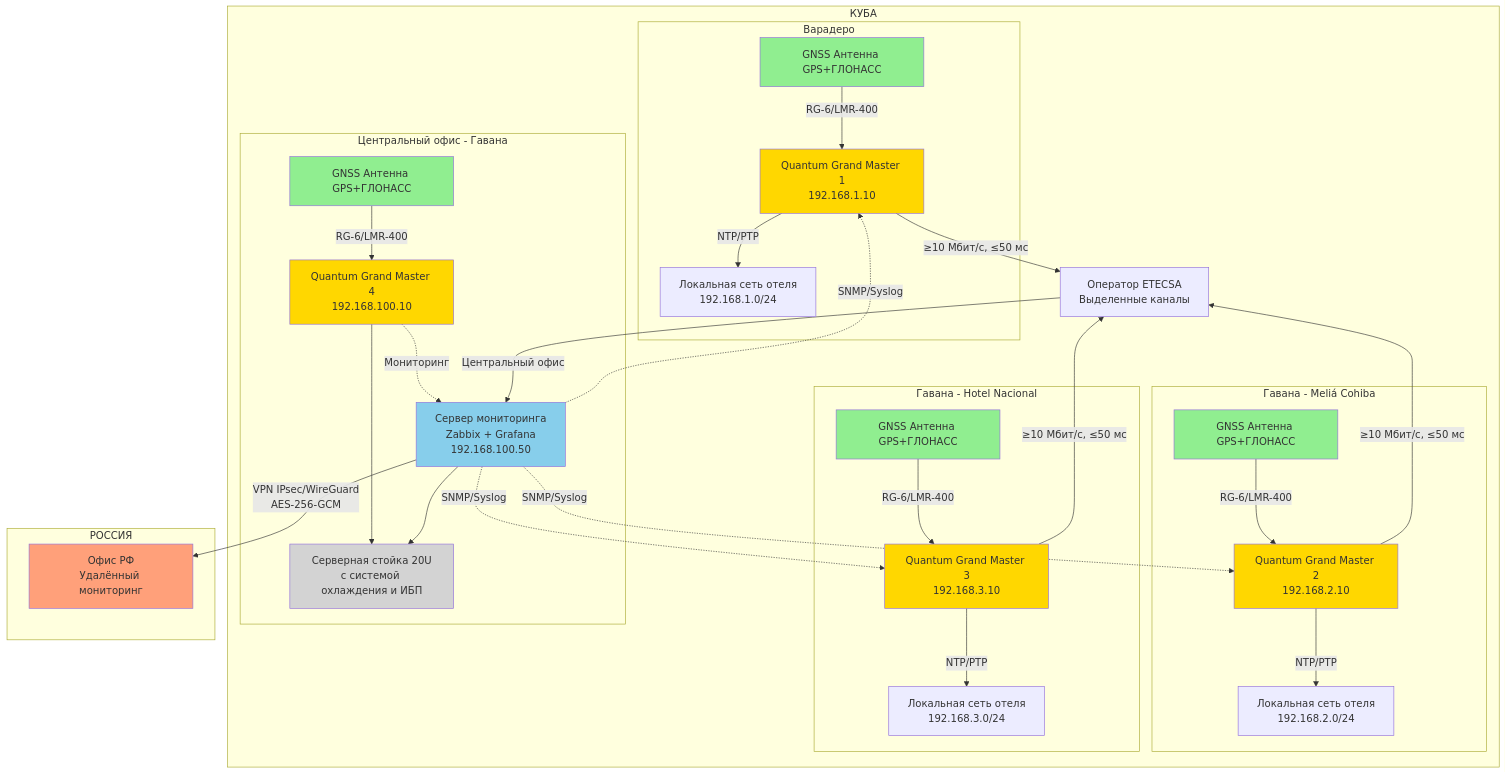
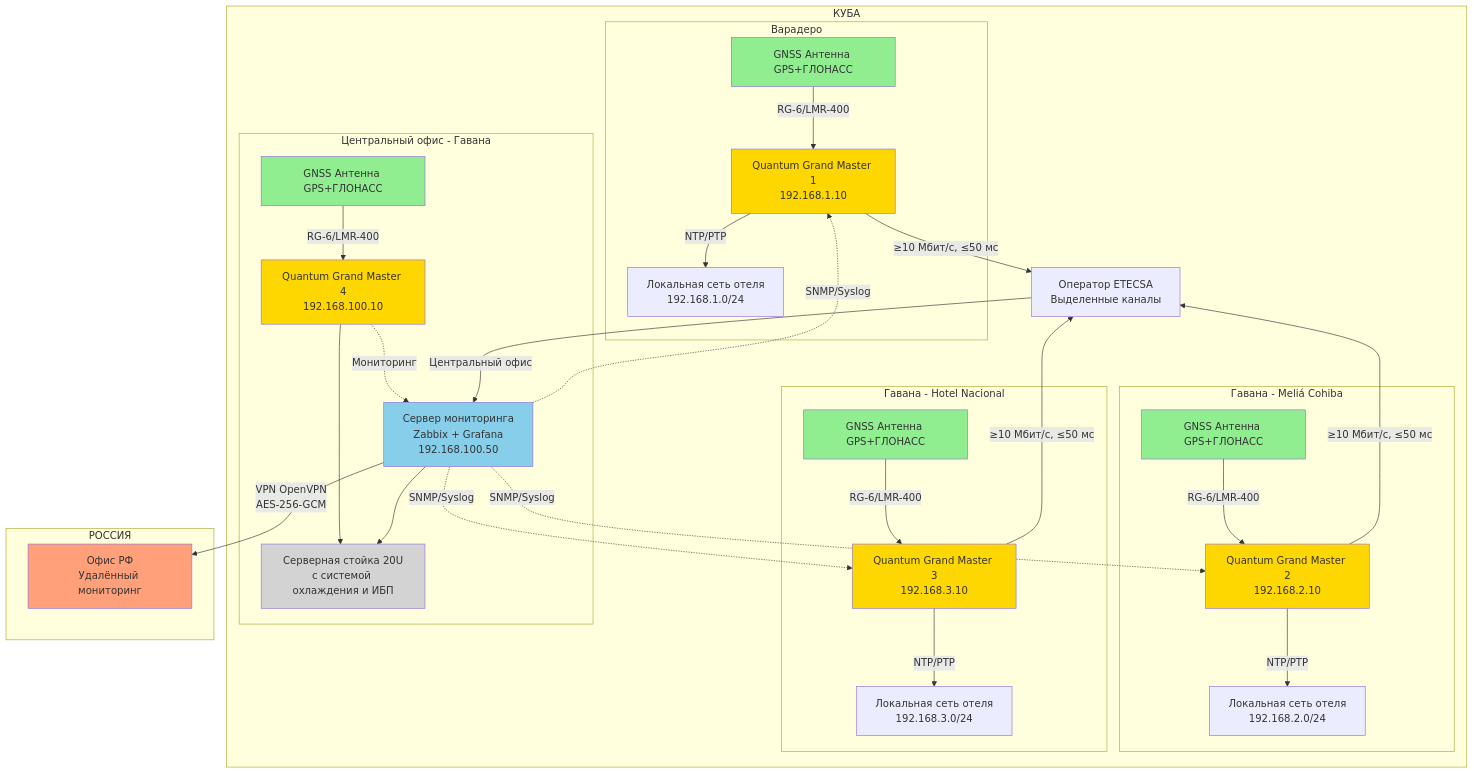
The first of 6 diagrams in network_diagrams.md (SiwaNetwork/BIZNES_HOTEL), drawn with Mermaid before and after one commit. The commit also changed other lines of this file and 2 other files, not shown here.

First line of the commit message:
Заменен VPN протокол с IPsec/WireGuard на OpenVPN

````diff
--- a/network_diagrams.md
+++ b/network_diagrams.md
@@ -17,67 +17,67 @@
 ```mermaid
 graph TB
     subgraph "КУБА"
         subgraph "Варадеро"
             ANT1[GNSS Антенна GPS+ГЛОНАСС]
             GM1[Quantum Grand Master 1<br/>192.168.1.10]
             NET1[Локальная сеть отеля<br/>192.168.1.0/24]
             ANT1 -->|RG-6/LMR-400| GM1
             GM1 -->|NTP/PTP| NET1
         end
         
         subgraph "Гавана - Meliá Cohiba"
             ANT2[GNSS Антенна GPS+ГЛОНАСС]
             GM2[Quantum Grand Master 2<br/>192.168.2.10]
             NET2[Локальная сеть отеля<br/>192.168.2.0/24]
             ANT2 -->|RG-6/LMR-400| GM2
             GM2 -->|NTP/PTP| NET2
         end
         
         subgraph "Гавана - Hotel Nacional"
             ANT3[GNSS Антенна GPS+ГЛОНАСС]
             GM3[Quantum Grand Master 3<br/>192.168.3.10]
             NET3[Локальная сеть отеля<br/>192.168.3.0/24]
             ANT3 -->|RG-6/LMR-400| GM3
             GM3 -->|NTP/PTP| NET3
         end
         
         subgraph "Центральный офис - Гавана"
             ANT4[GNSS Антенна GPS+ГЛОНАСС]
             GM4[Quantum Grand Master 4<br/>192.168.100.10]
             MON[Сервер мониторинга<br/>Zabbix + Grafana<br/>192.168.100.50]
             RACK[Серверная стойка 20U<br/>с системой охлаждения и ИБП]
             ANT4 -->|RG-6/LMR-400| GM4
             GM4 -.->|Мониторинг| MON
             GM4 --> RACK
             MON --> RACK
         end
         
         ETECSA[Оператор ETECSA<br/>Выделенные каналы]
         
         GM1 -->|≥10 Мбит/с, ≤50 мс| ETECSA
         GM2 -->|≥10 Мбит/с, ≤50 мс| ETECSA
         GM3 -->|≥10 Мбит/с, ≤50 мс| ETECSA
         ETECSA -->|Центральный офис| MON
         MON -.->|SNMP/Syslog| GM1
         MON -.->|SNMP/Syslog| GM2
         MON -.->|SNMP/Syslog| GM3
     end
     
     subgraph "РОССИЯ"
         RF_OFFICE[Офис РФ<br/>Удалённый мониторинг]
     end
     
-    MON -->|VPN IPsec/WireGuard<br/>AES-256-GCM| RF_OFFICE
+    MON -->|VPN OpenVPN<br/>AES-256-GCM| RF_OFFICE
 
     style ANT1 fill:#90EE90
     style ANT2 fill:#90EE90
     style ANT3 fill:#90EE90
     style ANT4 fill:#90EE90
     style GM1 fill:#FFD700
     style GM2 fill:#FFD700
     style GM3 fill:#FFD700
     style GM4 fill:#FFD700
     style MON fill:#87CEEB
     style RACK fill:#D3D3D3
     style RF_OFFICE fill:#FFA07A
 ```
````
